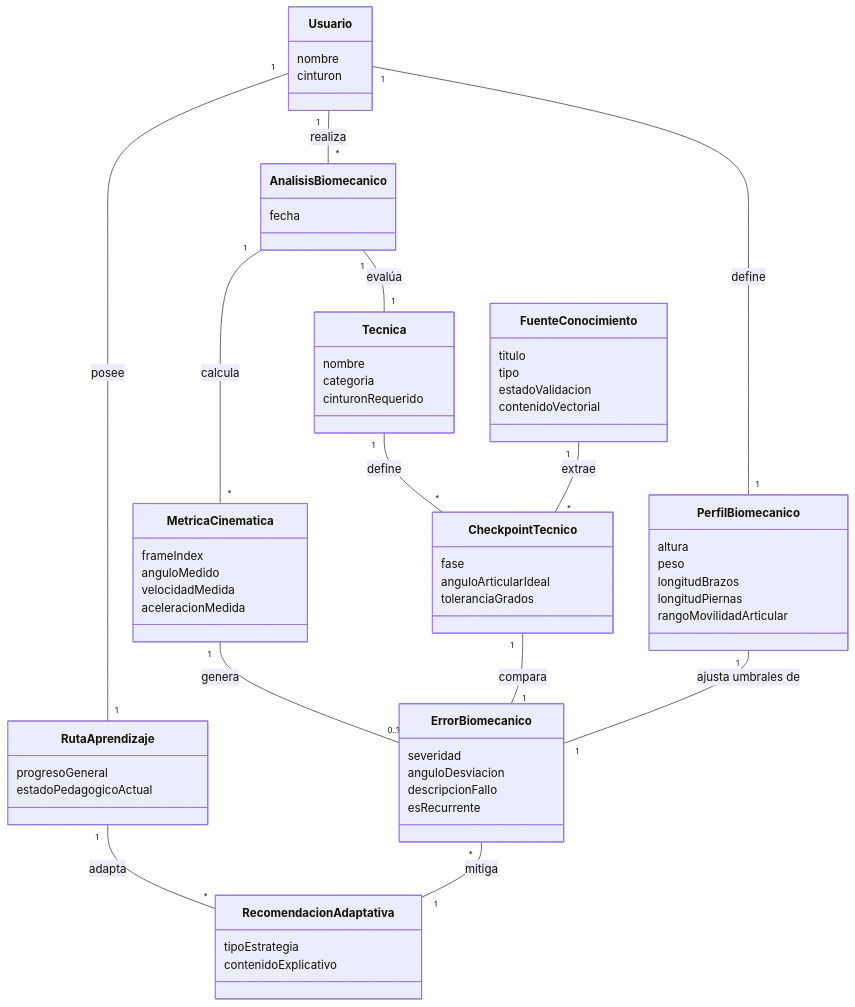
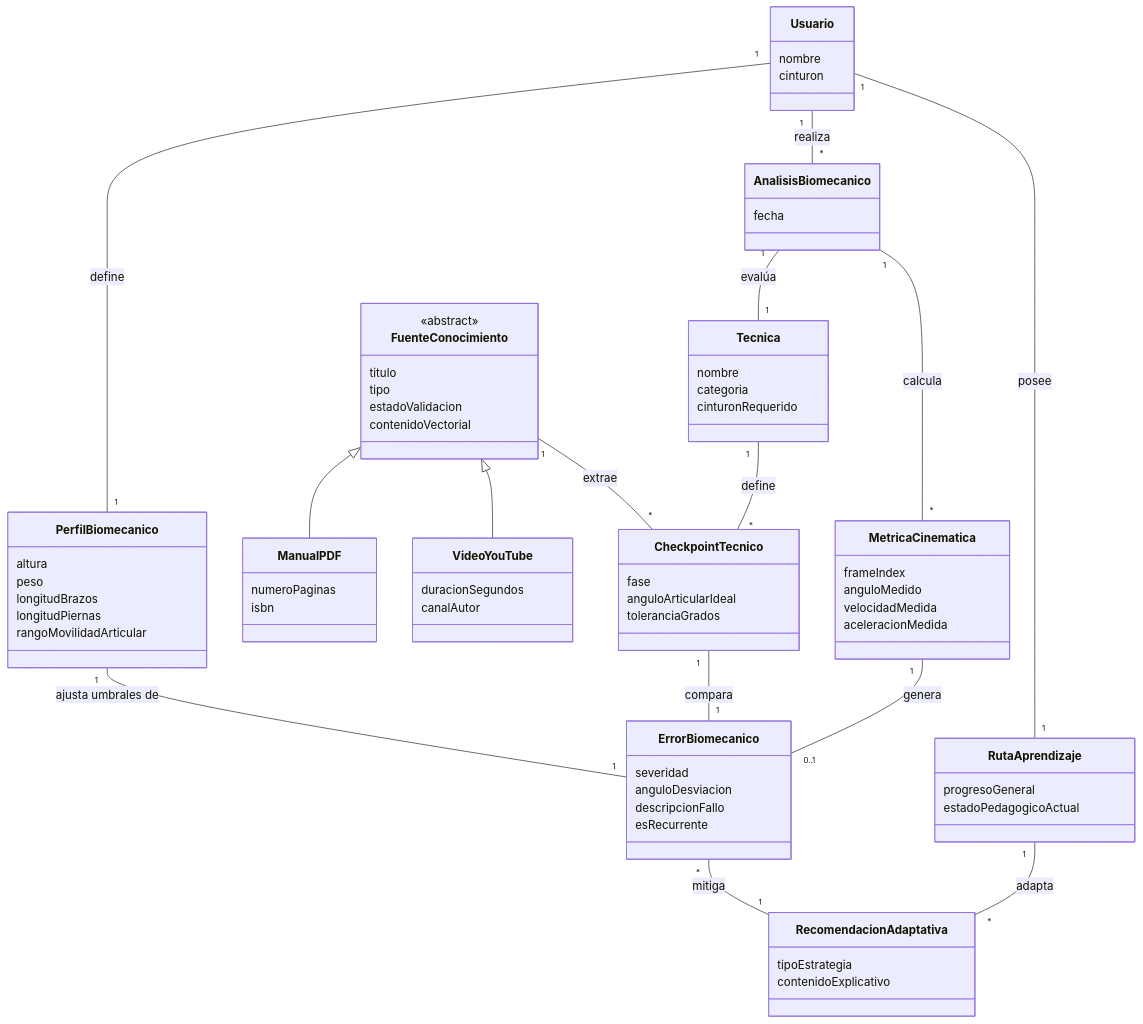
The first of 4 diagrams in README.md (Tsmrain/Documentacion), drawn with Mermaid before and after one commit. The commit also changed other lines of this file, not shown here.

````diff
--- a/README.md
+++ b/README.md
@@ -370,66 +401,78 @@
 ```mermaid
 classDiagram
     class Usuario {
         nombre
         cinturon
     }
     class PerfilBiomecanico {
         altura
         peso
         longitudBrazos
         longitudPiernas
         rangoMovilidadArticular
     }
     class Tecnica {
         nombre
         categoria
         cinturonRequerido
     }
     class FuenteConocimiento {
+        <<abstract>>
         titulo
         tipo
         estadoValidacion
         contenidoVectorial
+    }
+    class ManualPDF {
+        numeroPaginas
+        isbn
+    }
+    class VideoYouTube {
+        duracionSegundos
+        canalAutor
     }
     class CheckpointTecnico {
         fase
         anguloArticularIdeal
         toleranciaGrados
     }
     class AnalisisBiomecanico {
         fecha
     }
     class MetricaCinematica {
         frameIndex
         anguloMedido
         velocidadMedida
         aceleracionMedida
     }
     class ErrorBiomecanico {
         severidad
         anguloDesviacion
         descripcionFallo
         esRecurrente
     }
     class RutaAprendizaje {
         progresoGeneral
         estadoPedagogicoActual
     }
     class RecomendacionAdaptativa {
         tipoEstrategia
         contenidoExplicativo
     }
 
+    FuenteConocimiento <|-- ManualPDF
+    FuenteConocimiento <|-- VideoYouTube
+
     Usuario "1" -- "1" RutaAprendizaje : posee
     Usuario "1" -- "1" PerfilBiomecanico : define
     RutaAprendizaje "1" -- "*" RecomendacionAdaptativa : adapta
     Usuario "1" -- "*" AnalisisBiomecanico : realiza
     AnalisisBiomecanico "1" -- "1" Tecnica : evalúa
     Tecnica "1" -- "*" CheckpointTecnico : define
     FuenteConocimiento "1" -- "*" CheckpointTecnico : extrae
     AnalisisBiomecanico "1" -- "*" MetricaCinematica : calcula
     MetricaCinematica "1" -- "0..1" ErrorBiomecanico : genera
     CheckpointTecnico "1" -- "1" ErrorBiomecanico : compara
     PerfilBiomecanico "1" -- "1" ErrorBiomecanico : ajusta umbrales de
     ErrorBiomecanico "*" -- "1" RecomendacionAdaptativa : mitiga
 ```
````
